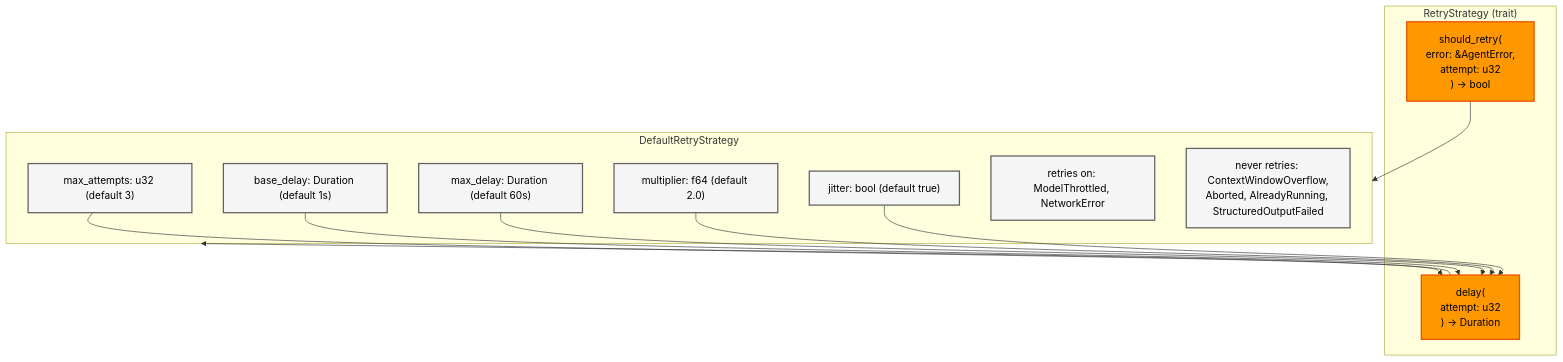
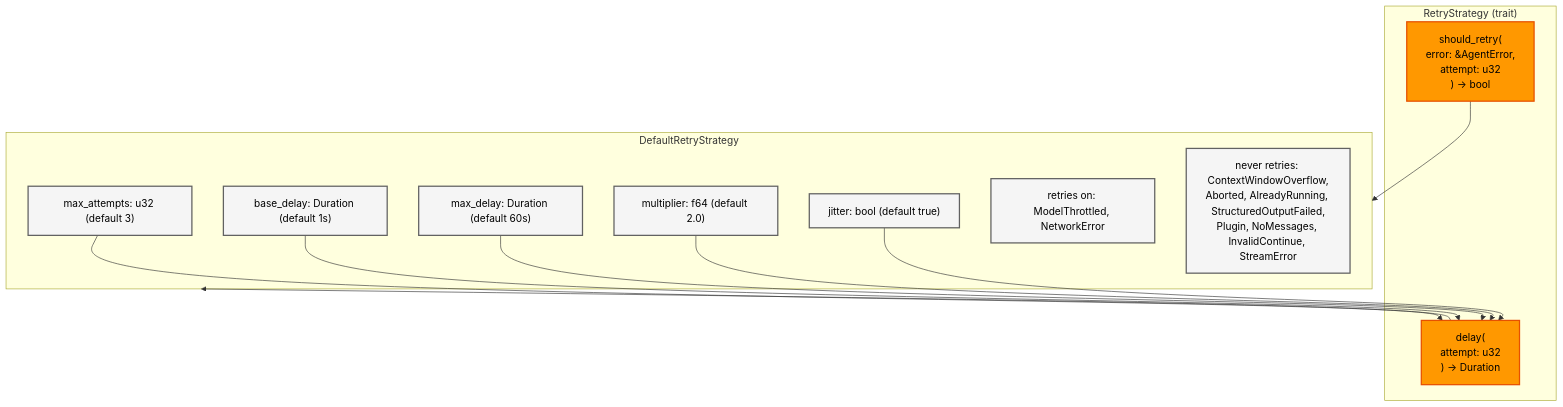
Before and after one commit to SuperSwinkAI/Swink-Agent: the third of 5 diagrams in docs/architecture/error-handling/README.md, drawn with Mermaid. The commit also changed other lines of this file and 2 other files, not shown here.

````diff
--- a/docs/architecture/error-handling/README.md
+++ b/docs/architecture/error-handling/README.md
@@ -112,31 +115,31 @@
 ```mermaid
 flowchart TB
     subgraph Trait["RetryStrategy (trait)"]
         ShouldRetry["should_retry(<br/>  error: &AgentError,<br/>  attempt: u32<br/>) → bool"]
         Delay["delay(<br/>  attempt: u32<br/>) → Duration"]
     end
 
     subgraph Default["DefaultRetryStrategy"]
         MaxAttempts["max_attempts: u32 (default 3)"]
         BaseDelay["base_delay: Duration (default 1s)"]
         MaxDelay["max_delay: Duration (default 60s)"]
         Multiplier["multiplier: f64 (default 2.0)"]
         Jitter["jitter: bool (default true)"]
         RetryOn["retries on: ModelThrottled, NetworkError"]
-        NeverOn["never retries: ContextWindowOverflow,<br/>Aborted, AlreadyRunning, StructuredOutputFailed"]
+        NeverOn["never retries: ContextWindowOverflow,<br/>Aborted, AlreadyRunning, StructuredOutputFailed,<br/>Plugin, NoMessages, InvalidContinue, StreamError"]
     end
 
     ShouldRetry --> Default
     Delay --> Default
     MaxAttempts --> Delay
     BaseDelay --> Delay
     MaxDelay --> Delay
     Multiplier --> Delay
     Jitter --> Delay
 
     classDef traitStyle fill:#ff9800,stroke:#e65100,stroke-width:2px,color:#000
     classDef defaultStyle fill:#f5f5f5,stroke:#616161,stroke-width:2px,color:#000
 
     class ShouldRetry,Delay traitStyle
     class MaxAttempts,BaseDelay,MaxDelay,Multiplier,Jitter,RetryOn,NeverOn defaultStyle
 ```
````
